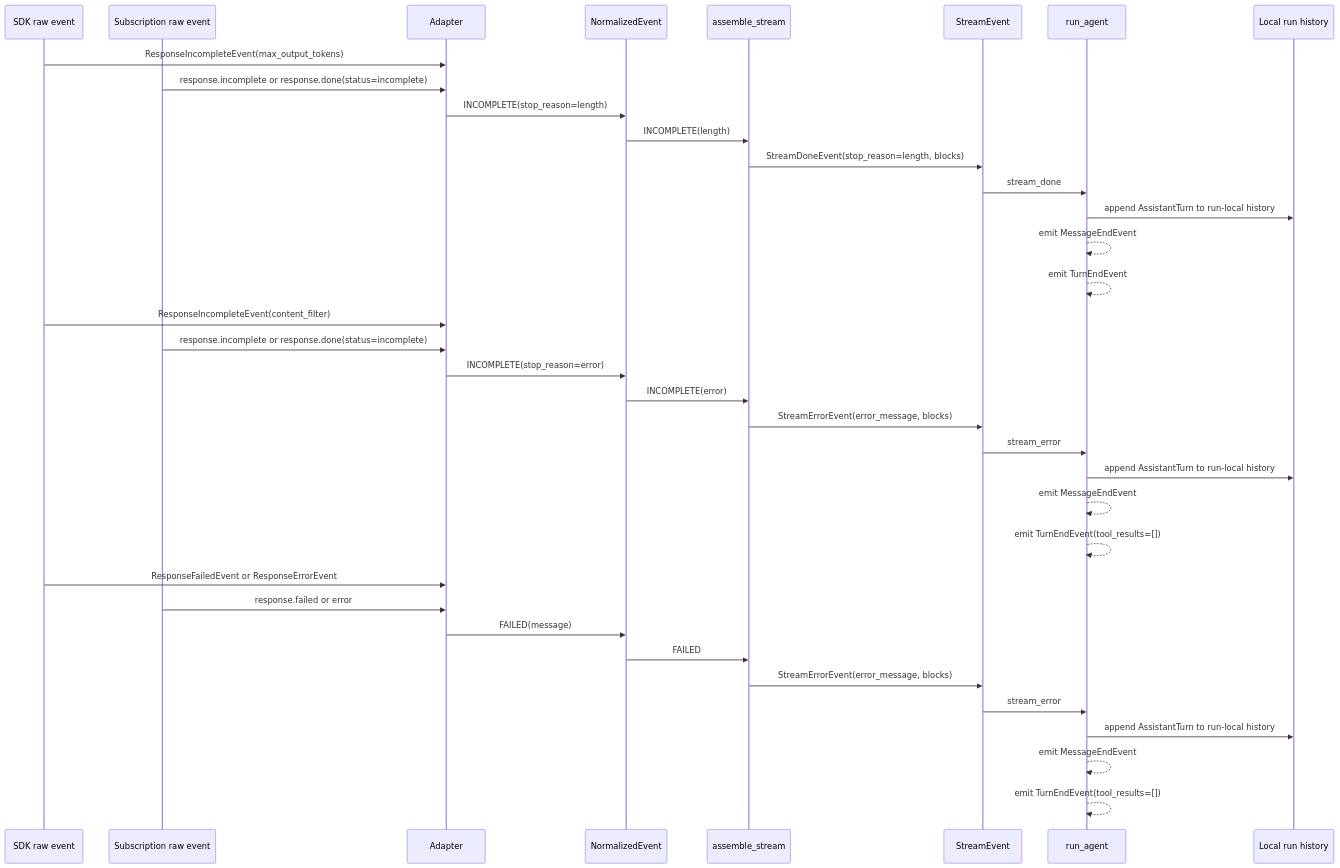
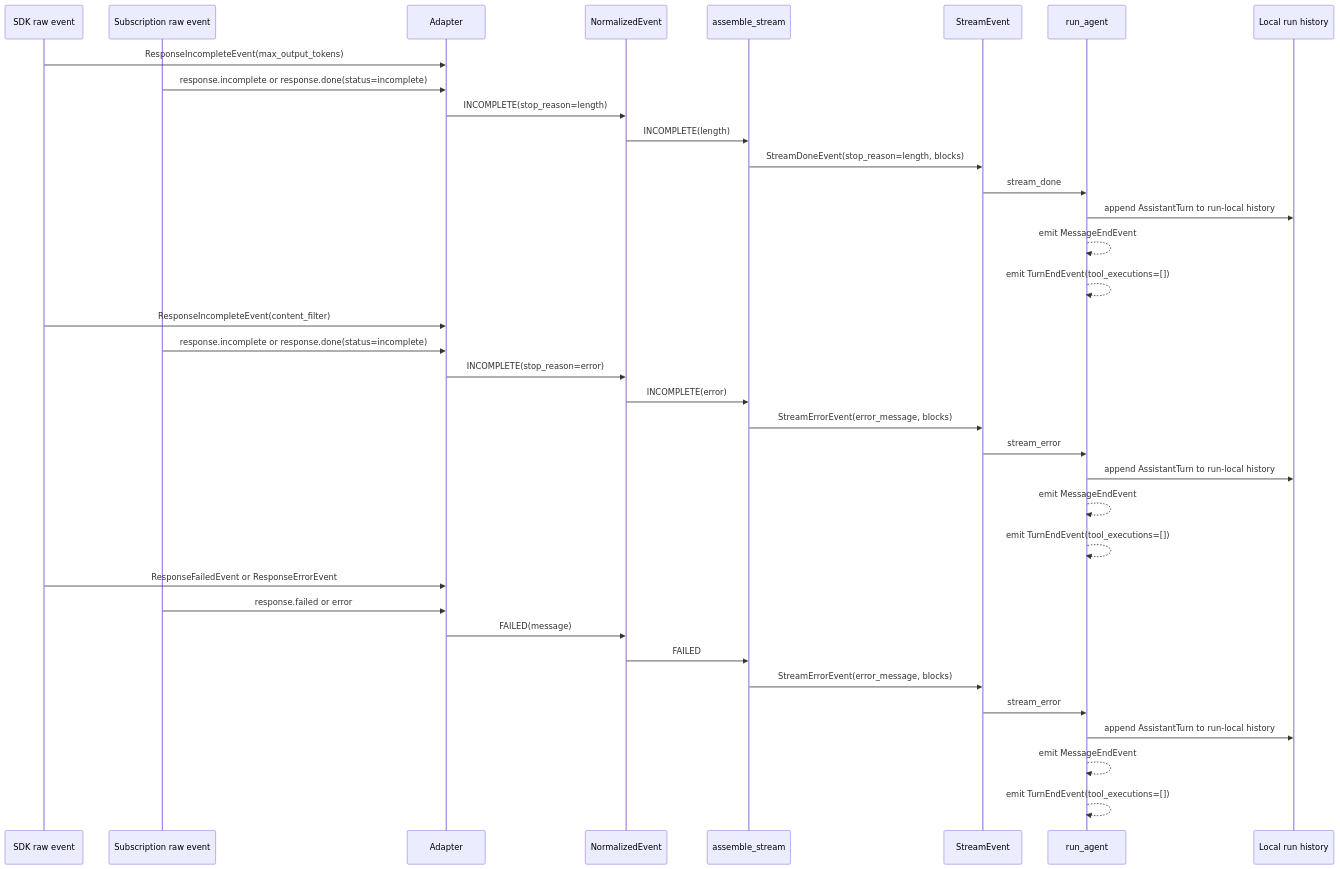
Before and after one commit to muneebshahid/ori: the eighth of 8 diagrams in docs/openai-stream-event-lifecycle.md, drawn with Mermaid. The commit also changed other lines of this file and 6 other files, not shown here.

````diff
--- a/docs/openai-stream-event-lifecycle.md
+++ b/docs/openai-stream-event-lifecycle.md
@@ -274,41 +274,41 @@
 ```mermaid
 sequenceDiagram
     participant SDK as SDK raw event
     participant Sub as Subscription raw event
     participant Adapter as Adapter
     participant Norm as NormalizedEvent
     participant Asm as assemble_stream
     participant Stream as StreamEvent
     participant Agent as run_agent
     participant Hist as Local run history
 
     SDK->>Adapter: ResponseIncompleteEvent(max_output_tokens)
     Sub->>Adapter: response.incomplete or response.done(status=incomplete)
     Adapter->>Norm: INCOMPLETE(stop_reason=length)
     Norm->>Asm: INCOMPLETE(length)
     Asm->>Stream: StreamDoneEvent(stop_reason=length, blocks)
     Stream->>Agent: stream_done
     Agent->>Hist: append AssistantTurn to run-local history
     Agent-->>Agent: emit MessageEndEvent
-    Agent-->>Agent: emit TurnEndEvent
+    Agent-->>Agent: emit TurnEndEvent(tool_executions=[])
 
     SDK->>Adapter: ResponseIncompleteEvent(content_filter)
     Sub->>Adapter: response.incomplete or response.done(status=incomplete)
     Adapter->>Norm: INCOMPLETE(stop_reason=error)
     Norm->>Asm: INCOMPLETE(error)
     Asm->>Stream: StreamErrorEvent(error_message, blocks)
     Stream->>Agent: stream_error
     Agent->>Hist: append AssistantTurn to run-local history
     Agent-->>Agent: emit MessageEndEvent
-    Agent-->>Agent: emit TurnEndEvent(tool_results=[])
+    Agent-->>Agent: emit TurnEndEvent(tool_executions=[])
 
     SDK->>Adapter: ResponseFailedEvent or ResponseErrorEvent
     Sub->>Adapter: response.failed or error
     Adapter->>Norm: FAILED(message)
     Norm->>Asm: FAILED
     Asm->>Stream: StreamErrorEvent(error_message, blocks)
     Stream->>Agent: stream_error
     Agent->>Hist: append AssistantTurn to run-local history
     Agent-->>Agent: emit MessageEndEvent
-    Agent-->>Agent: emit TurnEndEvent(tool_results=[])
+    Agent-->>Agent: emit TurnEndEvent(tool_executions=[])
 ```
````
